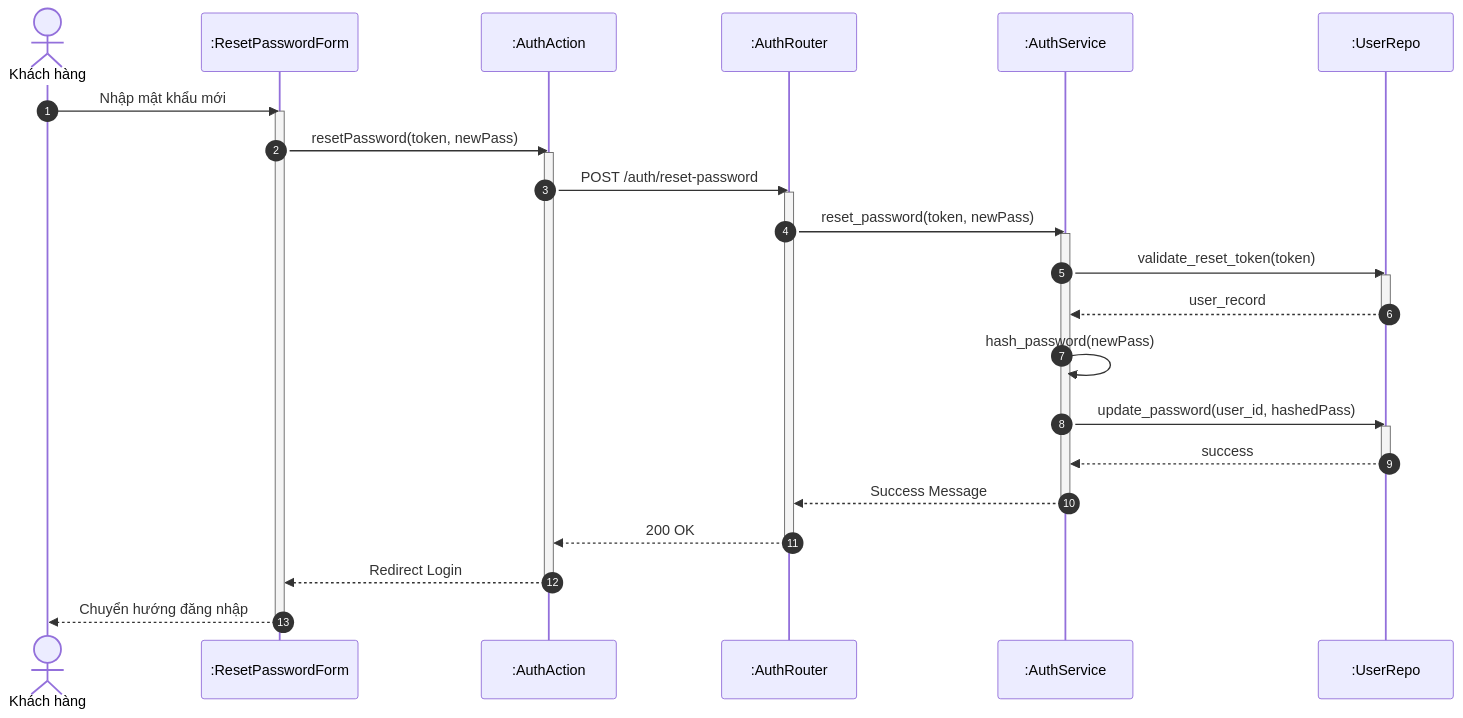
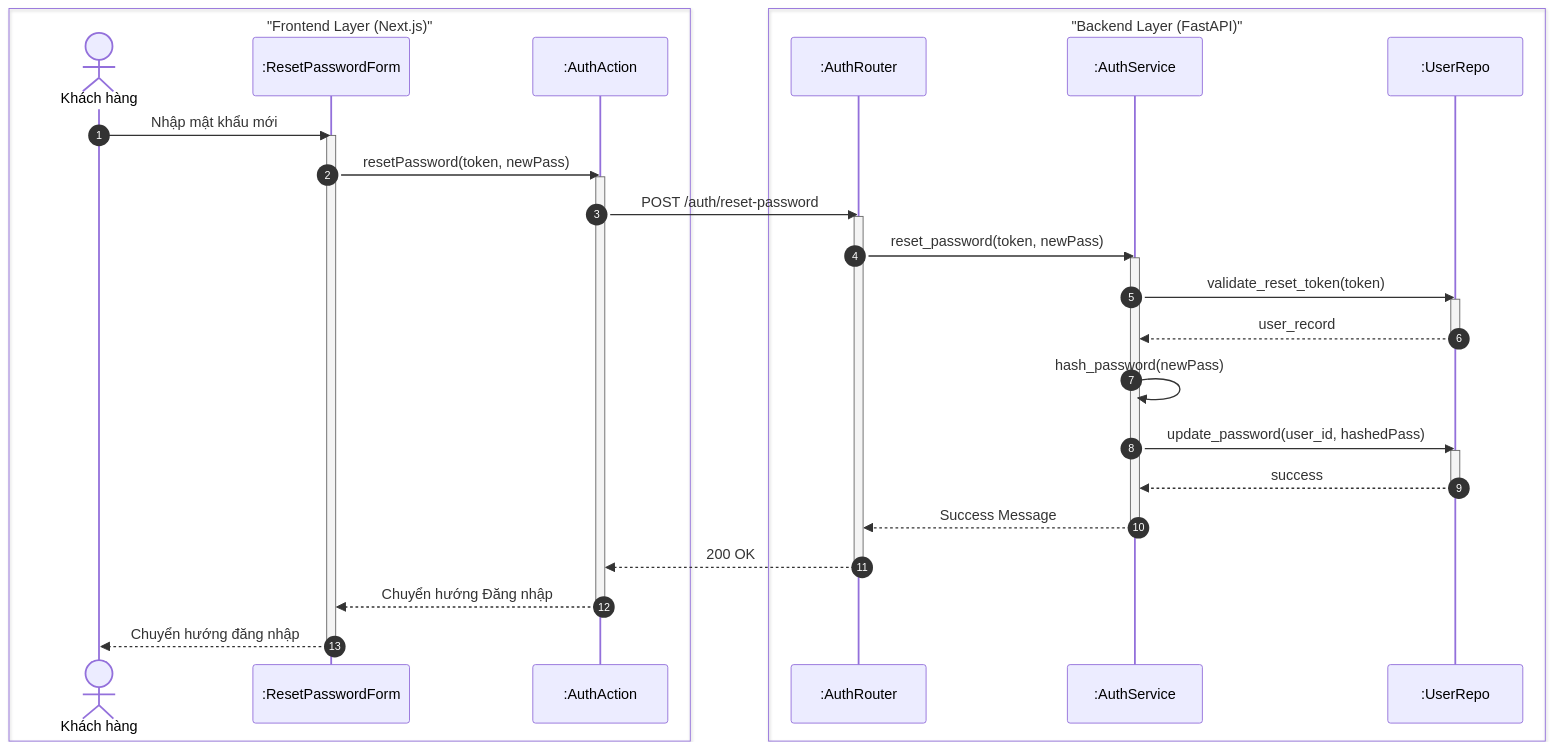
The fifth of 8 diagrams in docs/design/sequences/authentication.md (ngoctinn/Synapse), drawn with Mermaid before and after one commit. The commit also changed other lines of this file and 4 other files, not shown here.

Commit message:
docs: Add initial sequence diagrams for authentication, customer, technician, receptionist, and admin flows.

````diff
--- a/docs/design/sequences/authentication.md
+++ b/docs/design/sequences/authentication.md
@@ -229,44 +249,49 @@
 ```mermaid
 sequenceDiagram
     autonumber
-    actor KH as Khách hàng
-    participant UI as :ResetPasswordForm
-    participant BFF as :AuthAction
-    participant API as :AuthRouter
-    participant S as :AuthService
-    participant DB as :UserRepo
+    box "Frontend Layer (Next.js)"
+        actor KH as Khách hàng
+        participant UI as :ResetPasswordForm
+        participant BFF as :AuthAction
+    end
+
+    box "Backend Layer (FastAPI)"
+        participant API as :AuthRouter
+        participant S as :AuthService
+        participant DB as :UserRepo
+    end
 
     KH->>UI: Nhập mật khẩu mới
     activate UI
     UI->>BFF: resetPassword(token, newPass)
     activate BFF
 
     BFF->>API: POST /auth/reset-password
     activate API
 
     API->>S: reset_password(token, newPass)
     activate S
 
     S->>DB: validate_reset_token(token)
     activate DB
     DB-->>S: user_record
     deactivate DB
 
     S->>S: hash_password(newPass)
     S->>DB: update_password(user_id, hashedPass)
     activate DB
     DB-->>S: success
     deactivate DB
 
     S-->>API: Success Message
     deactivate S
 
     API-->>BFF: 200 OK
     deactivate API
 
-    BFF-->>UI: Redirect Login
+    BFF-->>UI: Chuyển hướng Đăng nhập
     deactivate BFF
 
     UI-->>KH: Chuyển hướng đăng nhập
     deactivate UI
 ```
````
